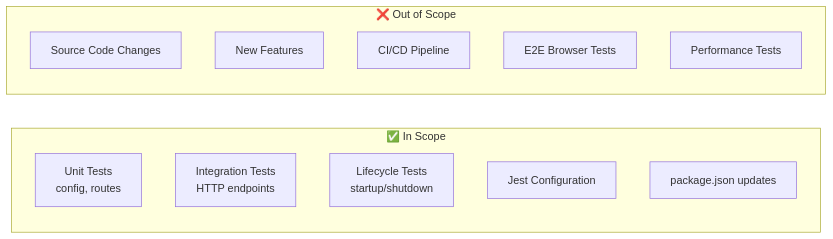
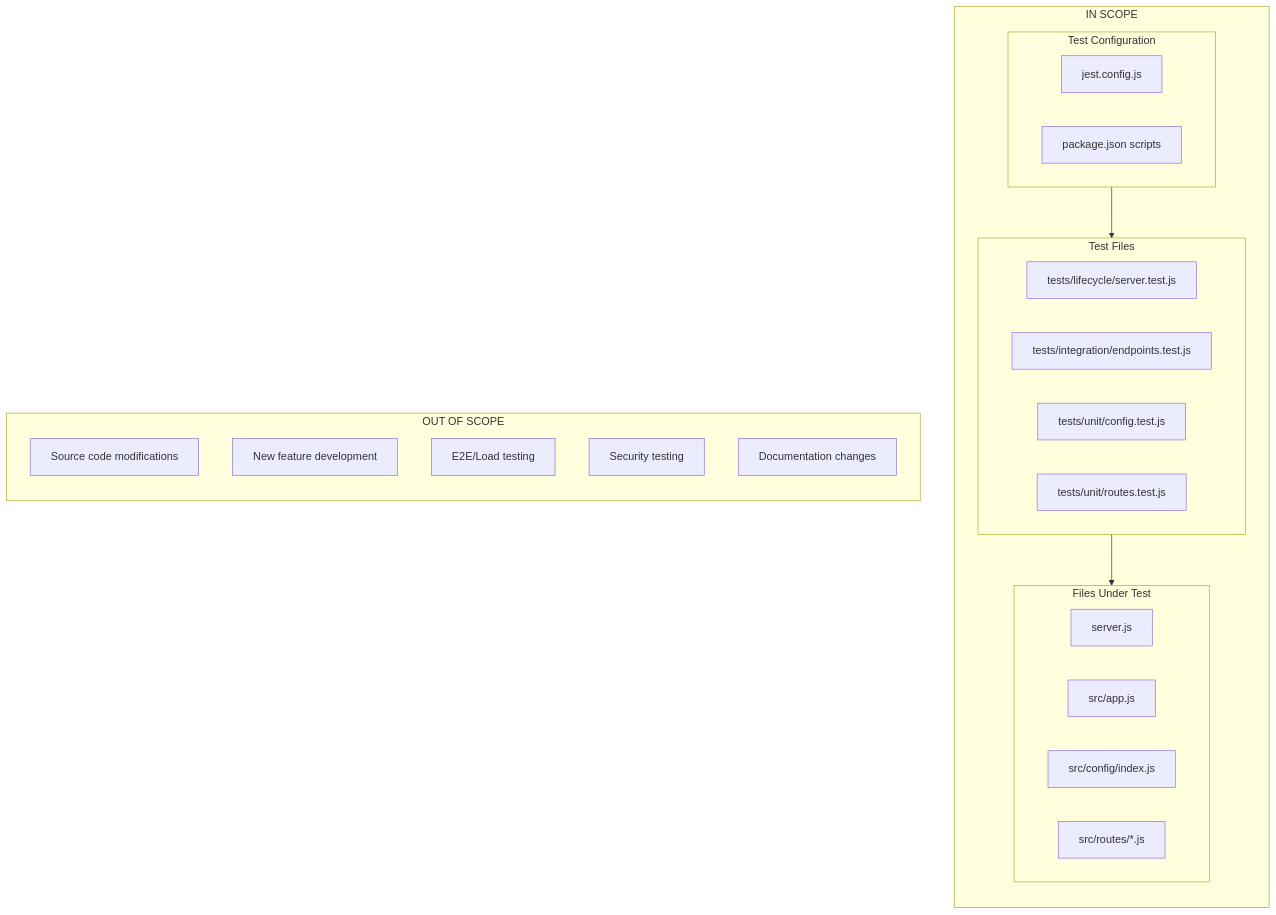
One commit to sudhanshu-spec/test-spec changed the fourth of 5 diagrams in blitzy/documentation/Technical Specifications.md. Above: the diagram before and after it, drawn with Mermaid. The commit also changed other lines of this file, not shown here.

````diff
--- a/blitzy/documentation/Technical Specifications.md
+++ b/blitzy/documentation/Technical Specifications.md
@@ -944,18 +1094,36 @@
 ```mermaid
-flowchart LR
-    subgraph InScope["✅ In Scope"]
-        UnitTests["Unit Tests<br/>config, routes"]
-        IntegrationTests["Integration Tests<br/>HTTP endpoints"]
-        LifecycleTests["Lifecycle Tests<br/>startup/shutdown"]
-        JestConfig["Jest Configuration"]
-        PackageUpdate["package.json updates"]
+flowchart TB
+    subgraph InScope["IN SCOPE"]
+        direction TB
+        subgraph TestFiles["Test Files"]
+            ServerTest["tests/lifecycle/server.test.js"]
+            EndpointsTest["tests/integration/endpoints.test.js"]
+            ConfigTest["tests/unit/config.test.js"]
+            RoutesTest["tests/unit/routes.test.js"]
+        end
+        
+        subgraph TestConfig["Test Configuration"]
+            JestConfig["jest.config.js"]
+            PackageScripts["package.json scripts"]
+        end
+        
+        subgraph TargetFiles["Files Under Test"]
+            ServerJS["server.js"]
+            AppJS["src/app.js"]
+            ConfigJS["src/config/index.js"]
+            RoutesJS["src/routes/*.js"]
+        end
     end
     
-    subgraph OutOfScope["❌ Out of Scope"]
-        SourceChanges["Source Code Changes"]
-        NewFeatures["New Features"]
-        CICDSetup["CI/CD Pipeline"]
-        E2ETests["E2E Browser Tests"]
-        PerfTests["Performance Tests"]
+    subgraph OutOfScope["OUT OF SCOPE"]
+        direction TB
+        SourceMods["Source code modifications"]
+        NewFeatures["New feature development"]
+        E2ETests["E2E/Load testing"]
+        SecurityTests["Security testing"]
+        DocUpdates["Documentation changes"]
     end
+    
+    TestFiles --> TargetFiles
+    TestConfig --> TestFiles
 ```
````
